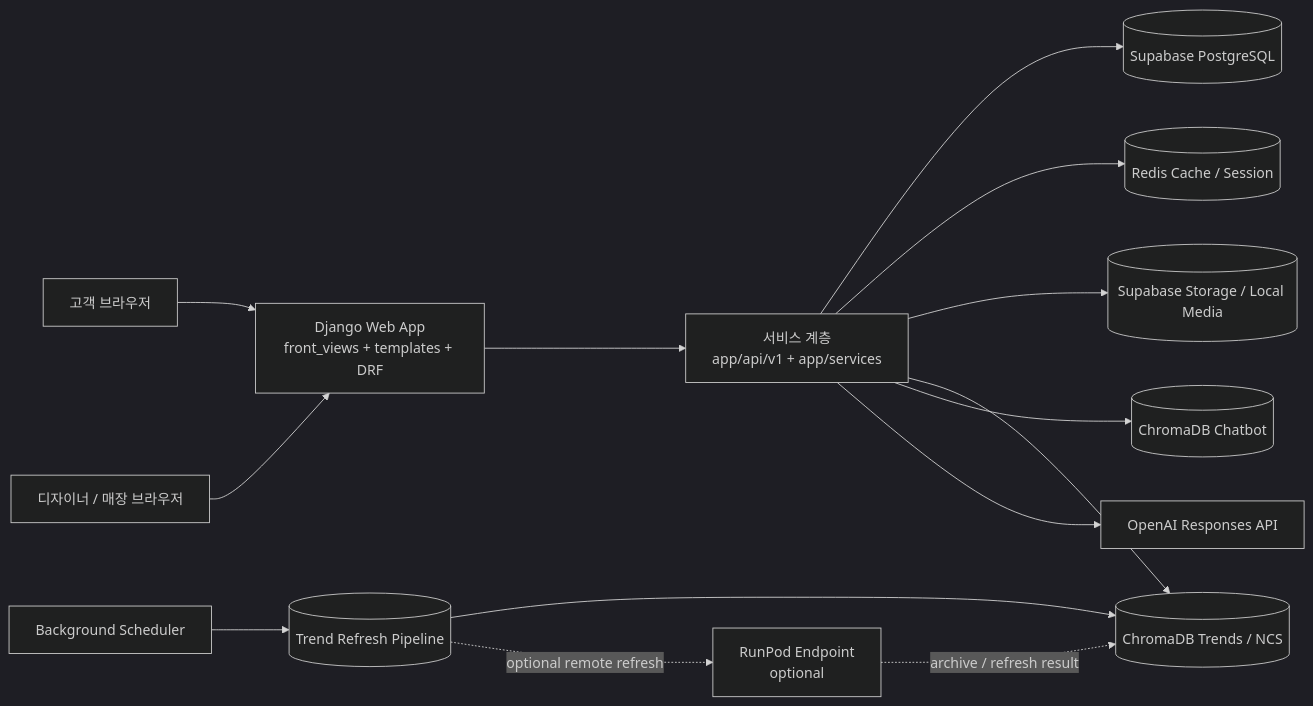
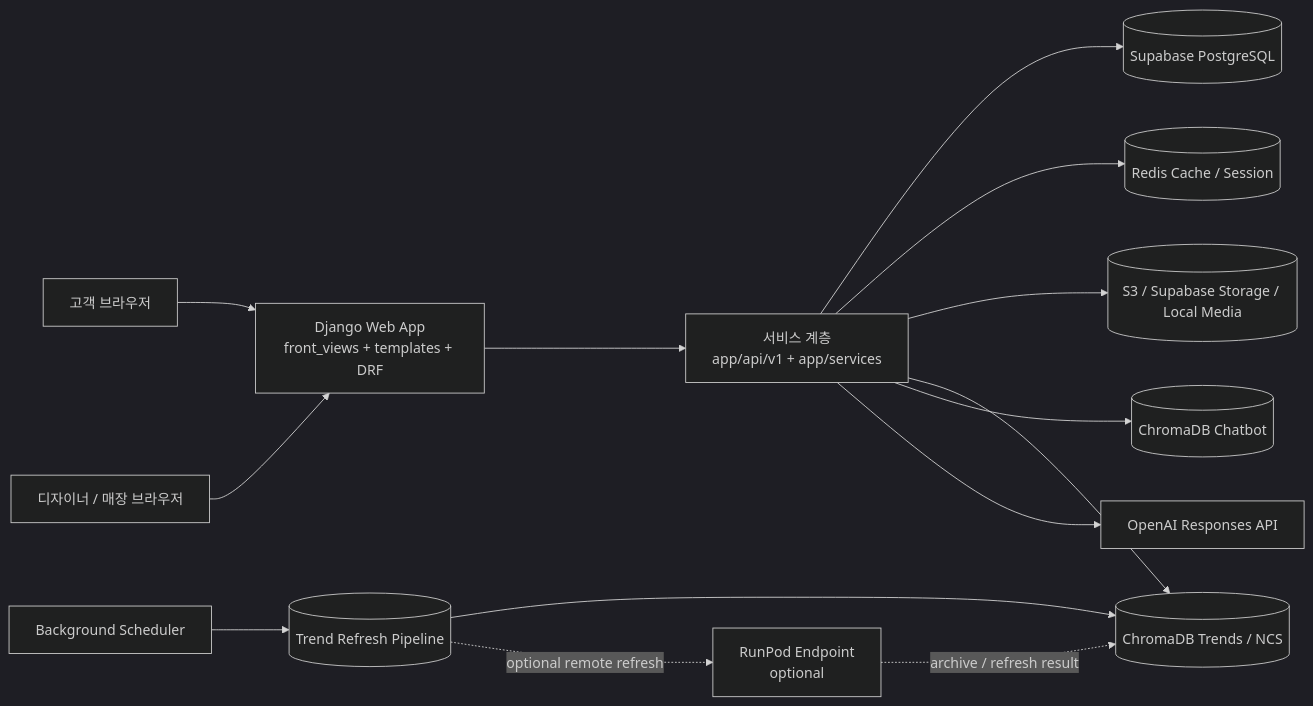
Before and after one commit to SKNETWORKS-FAMILY-AICAMP/SKN22-Final-1Team-WEB: the diagram in README.md, drawn with Mermaid (dark theme). The commit also changed other lines of this file and 3 other files, not shown here.

Commit message:
Remove recommendation debug output and document S3 EFS flow

````diff
--- a/README.md
+++ b/README.md
@@ -20,30 +20,30 @@
 ```mermaid
 flowchart LR
     Customer[고객 브라우저]
     Staff[디자이너 / 매장 브라우저]
     Django[Django Web App<br/>front_views + templates + DRF]
     Service[서비스 계층<br/>app/api/v1 + app/services]
     DB[(Supabase PostgreSQL)]
     Redis[(Redis Cache / Session)]
-    Storage[(Supabase Storage / Local Media)]
+    Storage[(S3 / Supabase Storage / Local Media)]
     Trend[(Trend Refresh Pipeline)]
     Trends[(ChromaDB Trends / NCS)]
     Chatbot[(ChromaDB Chatbot)]
     OpenAI[OpenAI Responses API]
     Scheduler[Background Scheduler]
     RunPod[RunPod Endpoint<br/>optional]
 
     Customer --> Django
     Staff --> Django
     Django --> Service
     Service --> DB
     Service --> Redis
     Service --> Storage
     Service --> Trends
     Service --> Chatbot
     Service --> OpenAI
     Scheduler --> Trend
     Trend --> Trends
     Trend -. optional remote refresh .-> RunPod
     RunPod -. archive / refresh result .-> Trends
 ```
````
